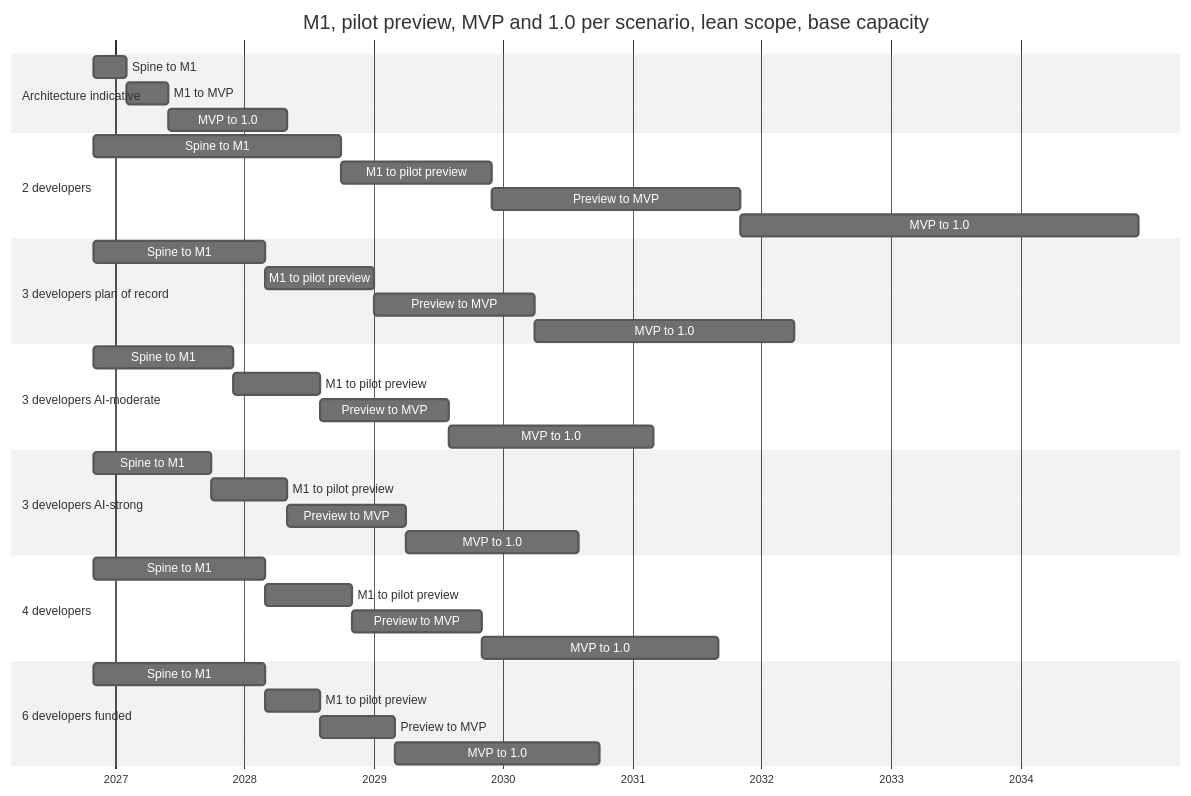
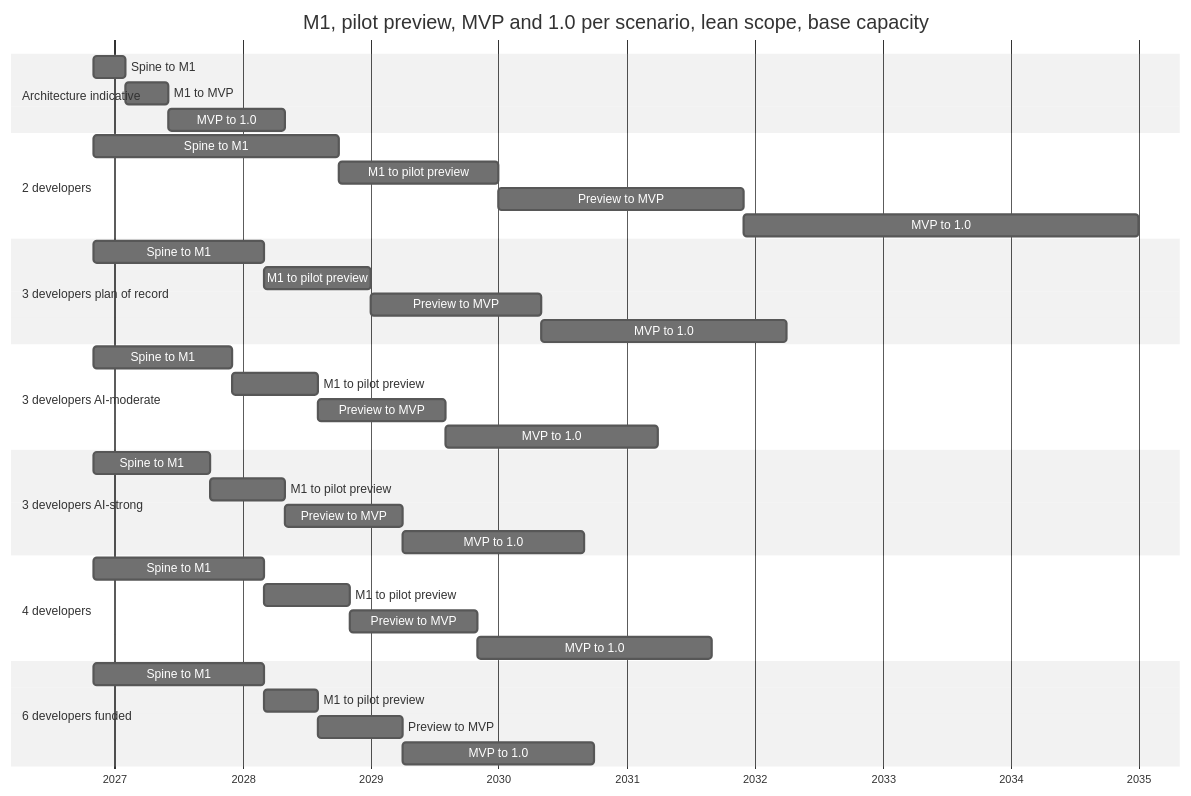
Before and after one commit to Ironkode787/ElektraWatt: the first of 3 diagrams in docs/plan/01-global-plan.md, drawn with Mermaid (neutral theme). The commit also changed other lines of this file and 9 other files, not shown here.

````diff
--- a/docs/plan/01-global-plan.md
+++ b/docs/plan/01-global-plan.md
@@ -341,40 +341,40 @@
 ```mermaid
 gantt
   title M1, pilot preview, MVP and 1.0 per scenario, lean scope, base capacity
   dateFormat YYYY-MM-DD
   axisFormat %Y
   section Architecture indicative
   Spine to M1         :i1, 2026-11-01, 2027-02-01
   M1 to MVP           :i2, 2027-02-01, 2027-06-01
   MVP to 1.0          :i3, 2027-06-01, 2028-05-01
   section 2 developers
   Spine to M1         :s00, 2026-11-01, 2028-10-01
-  M1 to pilot preview :s01, 2028-10-01, 2029-12-01
-  Preview to MVP      :s02, 2029-12-01, 2031-11-01
-  MVP to 1.0          :s03, 2031-11-01, 2034-12-01
+  M1 to pilot preview :s01, 2028-10-01, 2030-01-01
+  Preview to MVP      :s02, 2030-01-01, 2031-12-01
+  MVP to 1.0          :s03, 2031-12-01, 2035-01-01
   section 3 developers plan of record
   Spine to M1         :s10, 2026-11-01, 2028-03-01
   M1 to pilot preview :s11, 2028-03-01, 2029-01-01
-  Preview to MVP      :s12, 2029-01-01, 2030-04-01
-  MVP to 1.0          :s13, 2030-04-01, 2032-04-01
+  Preview to MVP      :s12, 2029-01-01, 2030-05-01
+  MVP to 1.0          :s13, 2030-05-01, 2032-04-01
   section 3 developers AI-moderate
   Spine to M1         :s20, 2026-11-01, 2027-12-01
   M1 to pilot preview :s21, 2027-12-01, 2028-08-01
   Preview to MVP      :s22, 2028-08-01, 2029-08-01
-  MVP to 1.0          :s23, 2029-08-01, 2031-03-01
+  MVP to 1.0          :s23, 2029-08-01, 2031-04-01
   section 3 developers AI-strong
   Spine to M1         :s30, 2026-11-01, 2027-10-01
   M1 to pilot preview :s31, 2027-10-01, 2028-05-01
   Preview to MVP      :s32, 2028-05-01, 2029-04-01
-  MVP to 1.0          :s33, 2029-04-01, 2030-08-01
+  MVP to 1.0          :s33, 2029-04-01, 2030-09-01
   section 4 developers
   Spine to M1         :s40, 2026-11-01, 2028-03-01
   M1 to pilot preview :s41, 2028-03-01, 2028-11-01
   Preview to MVP      :s42, 2028-11-01, 2029-11-01
   MVP to 1.0          :s43, 2029-11-01, 2031-09-01
   section 6 developers funded
   Spine to M1         :s50, 2026-11-01, 2028-03-01
   M1 to pilot preview :s51, 2028-03-01, 2028-08-01
-  Preview to MVP      :s52, 2028-08-01, 2029-03-01
-  MVP to 1.0          :s53, 2029-03-01, 2030-10-01
+  Preview to MVP      :s52, 2028-08-01, 2029-04-01
+  MVP to 1.0          :s53, 2029-04-01, 2030-10-01
 ```
````
